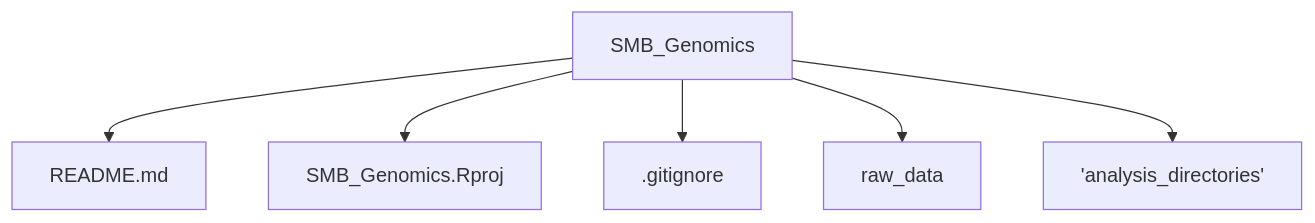
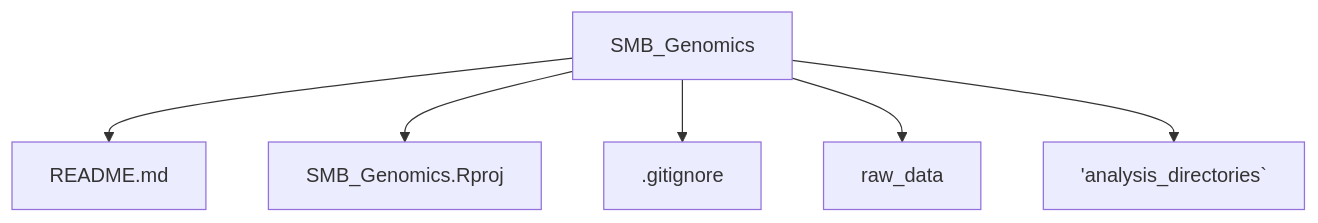
One commit to jcg5g9/SMB_Genomics changed the first of 2 diagrams in README.md. Above: the diagram before and after it, drawn with Mermaid. The commit also changed other lines of this file, not shown here.

Commit message:
readme flow chart update

````diff
--- a/README.md
+++ b/README.md
@@ -37,9 +24,8 @@
 ```mermaid
 graph TD
   SMB_Genomics --> README.md
   SMB_Genomics --> SMB_Genomics.Rproj
   SMB_Genomics --> .gitignore
   SMB_Genomics --> raw_data
-  SMB_Genomics --> 'analysis_directories'
-
+  SMB_Genomics --> 'analysis_directories`
 ```
````
